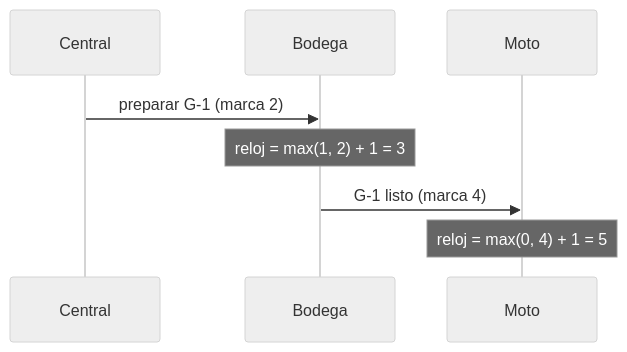
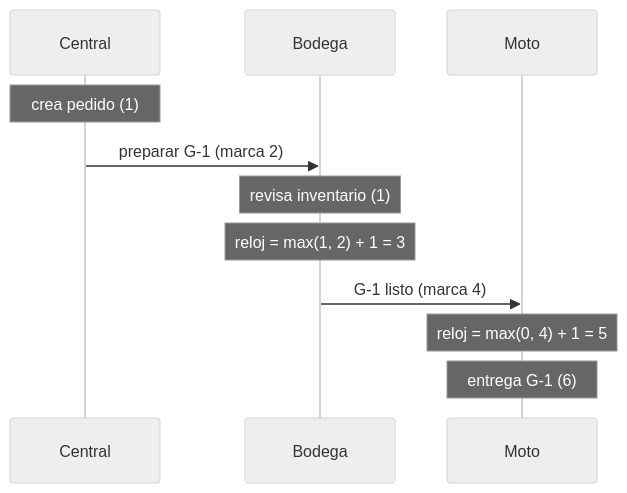
The sixth of 8 diagrams in web/public/content/foundations/modulo-10.md (NICORUIZ93/The_Imperial_Book), drawn with Mermaid (neutral theme) before and after one commit. The commit also changed other lines of this file, not shown here.

````diff
--- a/web/public/content/foundations/modulo-10.md
+++ b/web/public/content/foundations/modulo-10.md
@@ -312,10 +1725,13 @@
 ```mermaid
 sequenceDiagram
     participant C as Central
     participant B as Bodega
     participant M as Moto
+    Note over C: crea pedido (1)
     C->>B: preparar G-1 (marca 2)
+    Note over B: revisa inventario (1)
     Note over B: reloj = max(1, 2) + 1 = 3
     B->>M: G-1 listo (marca 4)
     Note over M: reloj = max(0, 4) + 1 = 5
+    Note over M: entrega G-1 (6)
 ```
````
